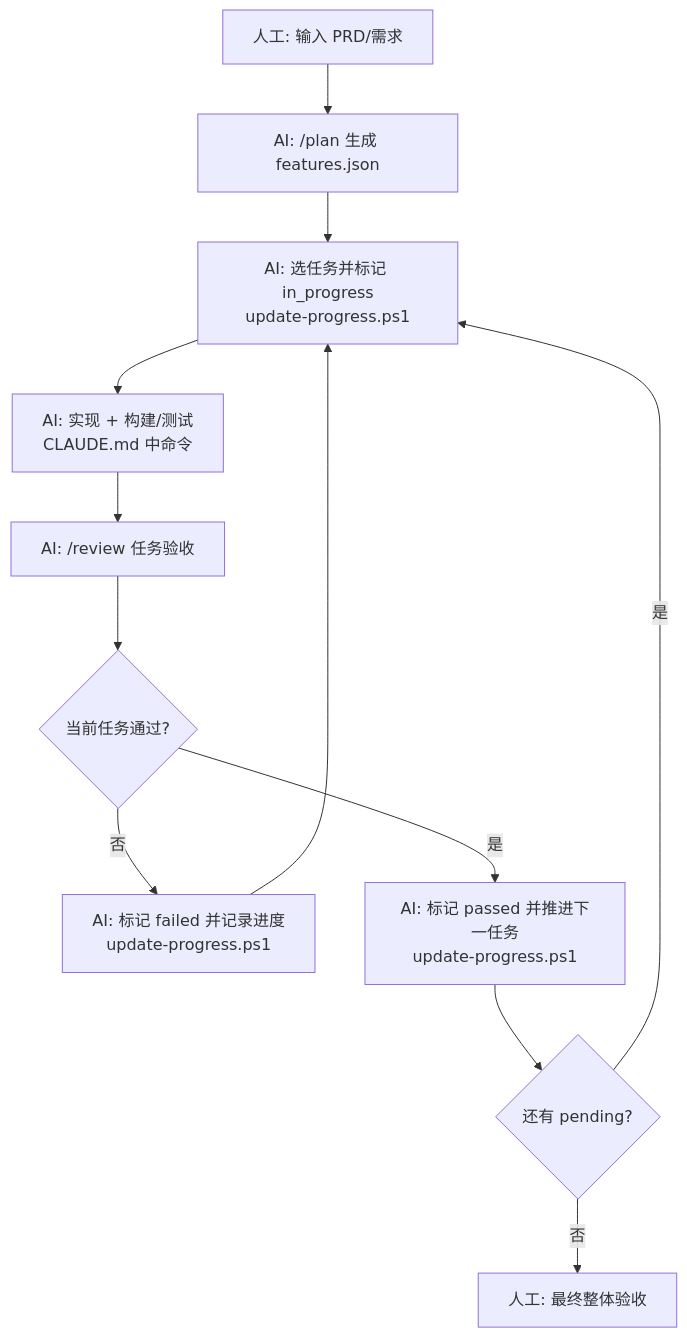
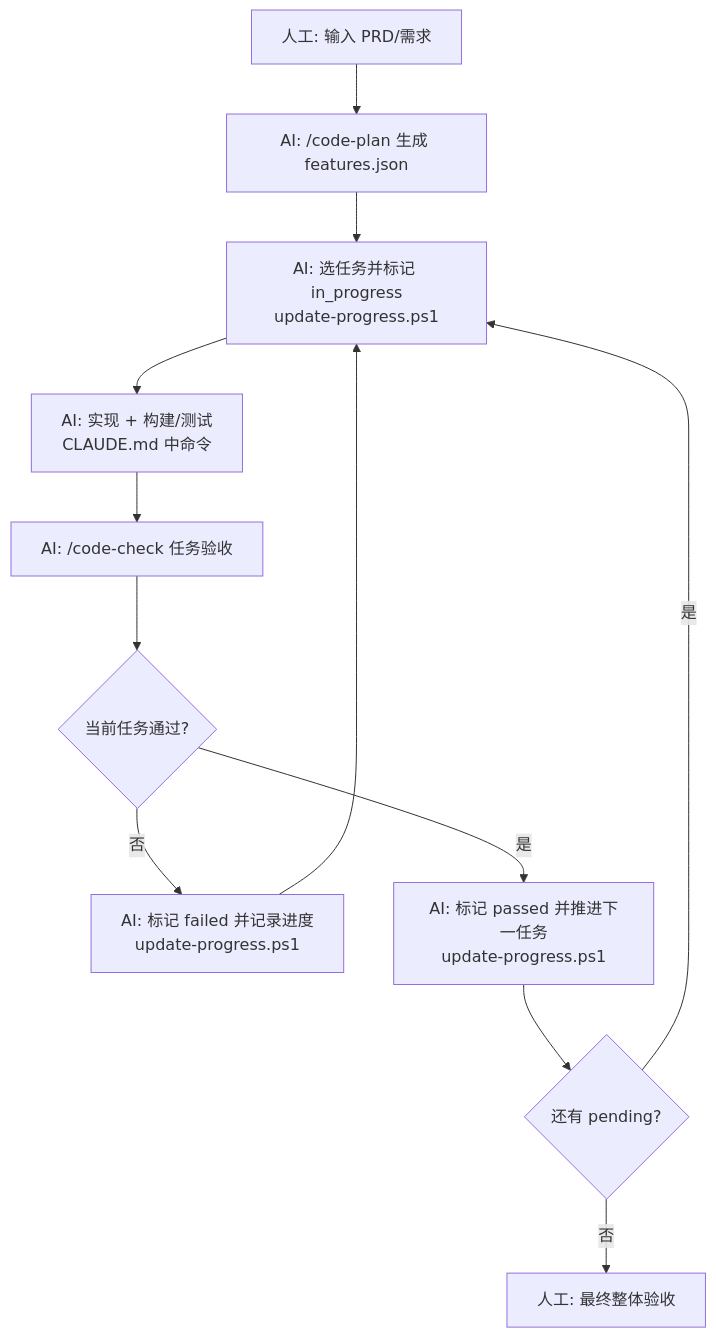
One commit to jovetickop/animus changed the diagram in README.md. Above: the diagram before and after it, drawn with Mermaid. The commit also changed other lines of this file and 5 other files, not shown here.

First line of the commit message:
refactor: 重命名斜杠命令 setup/plan/review → code-setup/code-plan/code-check

````diff
--- a/README.md
+++ b/README.md
@@ -29,14 +29,14 @@
 ```mermaid
 flowchart TD
-    H1[人工: 输入 PRD/需求] --> A1[AI: /plan 生成 features.json]
+    H1[人工: 输入 PRD/需求] --> A1[AI: /code-plan 生成 features.json]
     A1 --> A2[AI: 选任务并标记 in_progress<br/>update-progress.ps1]
     A2 --> A3[AI: 实现 + 构建/测试<br/>CLAUDE.md 中命令]
-    A3 --> A4[AI: /review 任务验收]
+    A3 --> A4[AI: /code-check 任务验收]
     A4 --> A5{当前任务通过?}
     A5 -- 否 --> A6[AI: 标记 failed 并记录进度<br/>update-progress.ps1]
     A6 --> A2
     A5 -- 是 --> A7[AI: 标记 passed 并推进下一任务<br/>update-progress.ps1]
     A7 --> A8{还有 pending?}
     A8 -- 是 --> A2
     A8 -- 否 --> H2[人工: 最终整体验收]
 ```
````
